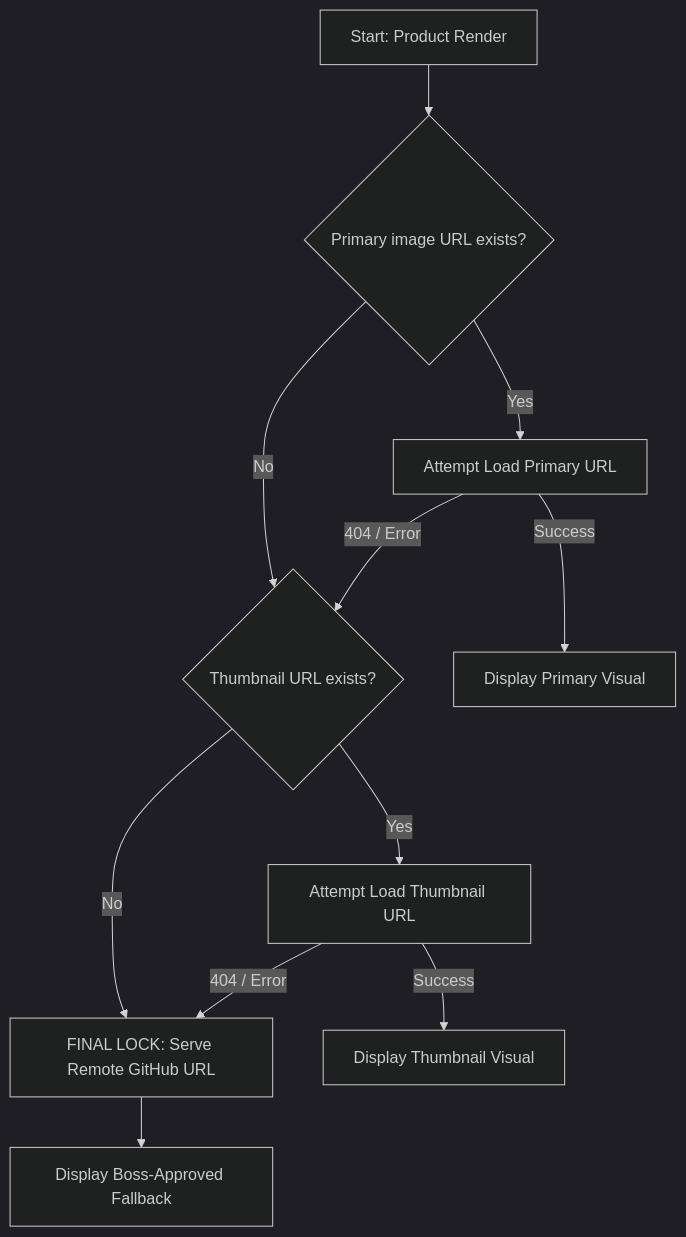
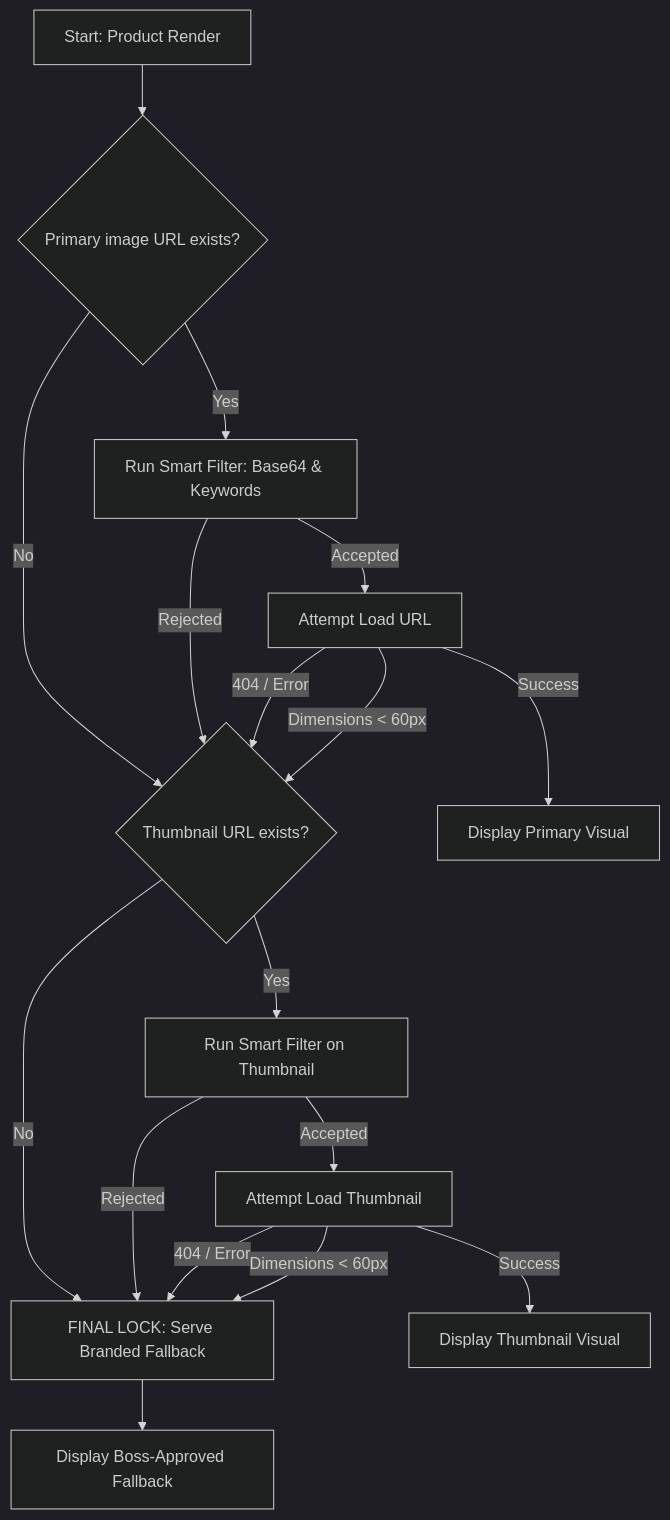
Before and after one commit to joshuatochinwachi/HollowScan-Mobile-App: the diagram in PRODUCT_IMAGE_ARCHITECTURE.md, drawn with Mermaid (dark theme). The commit also changed other lines of this file and 3 other files, not shown here.

````diff
--- a/PRODUCT_IMAGE_ARCHITECTURE.md
+++ b/PRODUCT_IMAGE_ARCHITECTURE.md
@@ -8,17 +8,25 @@
 ```mermaid
 graph TD
     A[Start: Product Render] --> B{Primary image URL exists?}
-    B -- Yes --> C[Attempt Load Primary URL]
+    B -- Yes --> C[Run Smart Filter: Base64 & Keywords]
     B -- No --> D{Thumbnail URL exists?}
     
-    C -- 404 / Error --> D
-    C -- Success --> E[Display Primary Visual]
+    C -- Rejected --> D
+    C -- Accepted --> E[Attempt Load URL]
     
-    D -- Yes --> F[Attempt Load Thumbnail URL]
-    D -- No --> G[FINAL LOCK: Serve Remote GitHub URL]
+    E -- 404 / Error --> D
+    E -- Dimensions < 60px --> D
+    E -- Success --> F[Display Primary Visual]
     
-    F -- 404 / Error --> G
-    F -- Success --> H[Display Thumbnail Visual]
+    D -- Yes --> G[Run Smart Filter on Thumbnail]
+    D -- No --> H[FINAL LOCK: Serve Branded Fallback]
     
-    G --> I[Display Boss-Approved Fallback]
+    G -- Rejected --> H
+    G -- Accepted --> I[Attempt Load Thumbnail]
+    
+    I -- 404 / Error --> H
+    I -- Dimensions < 60px --> H
+    I -- Success --> J[Display Thumbnail Visual]
+    
+    H --> K[Display Boss-Approved Fallback]
 ```
````
